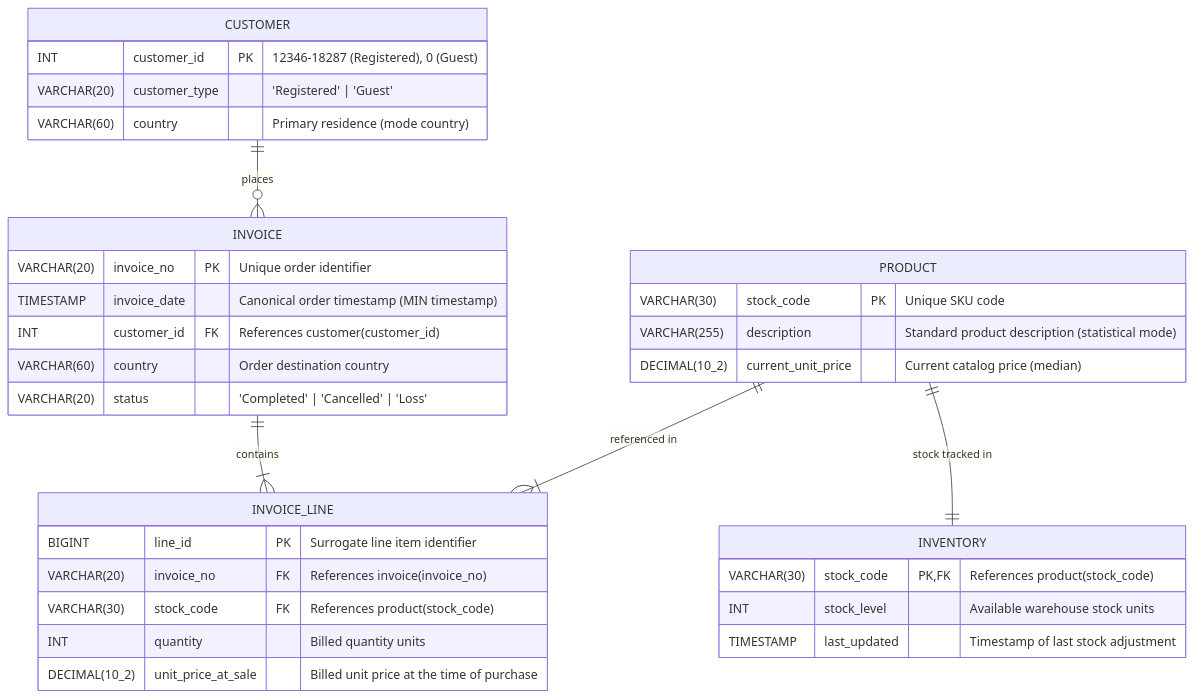
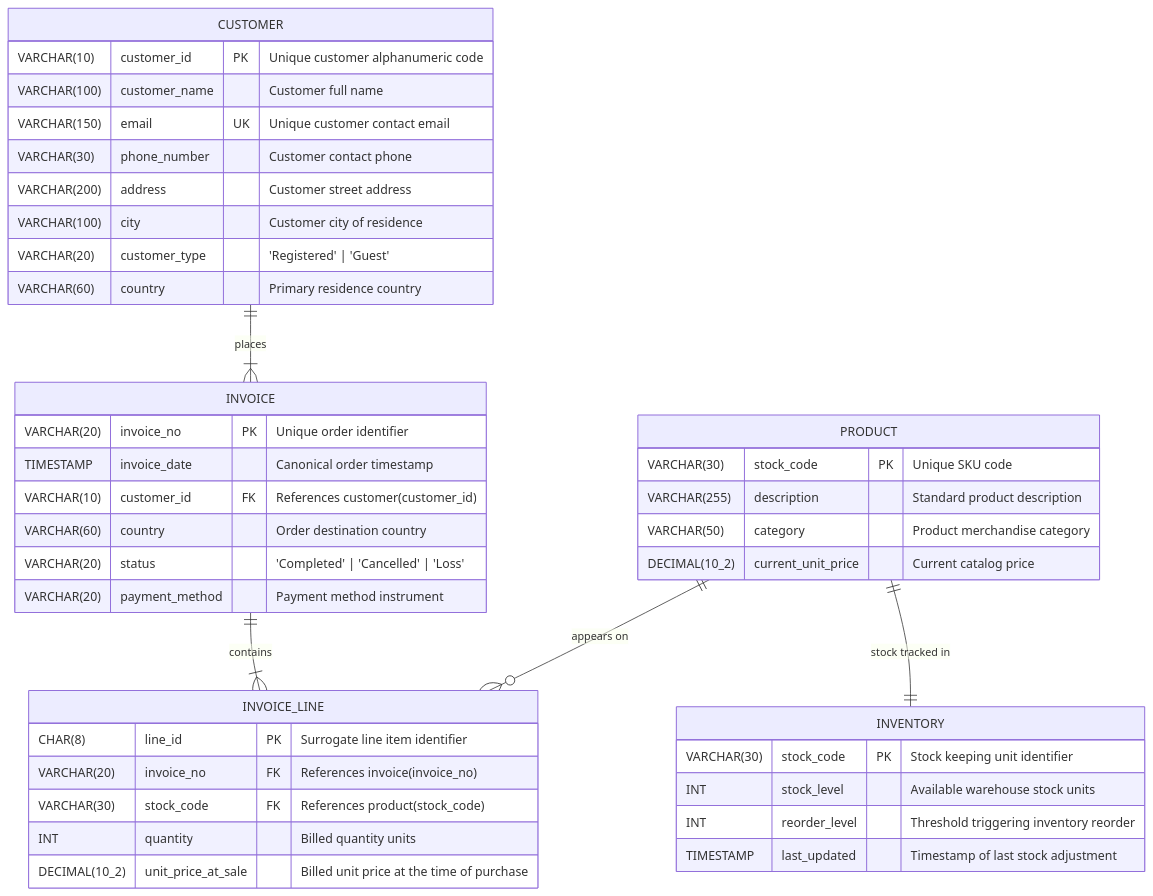
The diagram in docs/ERD.md (geraldmartadinata/aol-kodes-retail), drawn with Mermaid before and after one commit. The commit also changed other lines of this file and 17 other files, not shown here.

````diff
--- a/docs/ERD.md
+++ b/docs/ERD.md
@@ -11,41 +11,49 @@
 ```mermaid
 erDiagram
-    CUSTOMER ||--o{ INVOICE : places
+    CUSTOMER ||--|{ INVOICE : places
     INVOICE ||--|{ INVOICE_LINE : contains
-    PRODUCT ||--|{ INVOICE_LINE : "referenced in"
+    PRODUCT ||--o{ INVOICE_LINE : "appears on"
     PRODUCT ||--|| INVENTORY : "stock tracked in"
 
     CUSTOMER {
-        INT customer_id PK "12346-18287 (Registered), 0 (Guest)"
+        VARCHAR(10) customer_id PK "Unique customer alphanumeric code"
+        VARCHAR(100) customer_name "Customer full name"
+        VARCHAR(150) email UK "Unique customer contact email"
+        VARCHAR(30) phone_number "Customer contact phone"
+        VARCHAR(200) address "Customer street address"
+        VARCHAR(100) city "Customer city of residence"
         VARCHAR(20) customer_type "'Registered' | 'Guest'"
-        VARCHAR(60) country "Primary residence (mode country)"
+        VARCHAR(60) country "Primary residence country"
     }
 
     INVOICE {
         VARCHAR(20) invoice_no PK "Unique order identifier"
-        TIMESTAMP invoice_date "Canonical order timestamp (MIN timestamp)"
-        INT customer_id FK "References customer(customer_id)"
+        TIMESTAMP invoice_date "Canonical order timestamp"
+        VARCHAR(10) customer_id FK "References customer(customer_id)"
         VARCHAR(60) country "Order destination country"
         VARCHAR(20) status "'Completed' | 'Cancelled' | 'Loss'"
+        VARCHAR(20) payment_method "Payment method instrument"
     }
 
     PRODUCT {
         VARCHAR(30) stock_code PK "Unique SKU code"
-        VARCHAR(255) description "Standard product description (statistical mode)"
-        DECIMAL(10_2) current_unit_price "Current catalog price (median)"
+        VARCHAR(255) description "Standard product description"
+        VARCHAR(50) category "Product merchandise category"
+        DECIMAL(10_2) current_unit_price "Current catalog price"
     }
 
     INVENTORY {
-        VARCHAR(30) stock_code PK, FK "References product(stock_code)"
+        VARCHAR(30) stock_code PK "Stock keeping unit identifier"
         INT stock_level "Available warehouse stock units"
+        INT reorder_level "Threshold triggering inventory reorder"
         TIMESTAMP last_updated "Timestamp of last stock adjustment"
     }
 
     INVOICE_LINE {
-        BIGINT line_id PK "Surrogate line item identifier"
+        CHAR(8) line_id PK "Surrogate line item identifier"
         VARCHAR(20) invoice_no FK "References invoice(invoice_no)"
         VARCHAR(30) stock_code FK "References product(stock_code)"
         INT quantity "Billed quantity units"
         DECIMAL(10_2) unit_price_at_sale "Billed unit price at the time of purchase"
     }
 ```
````
